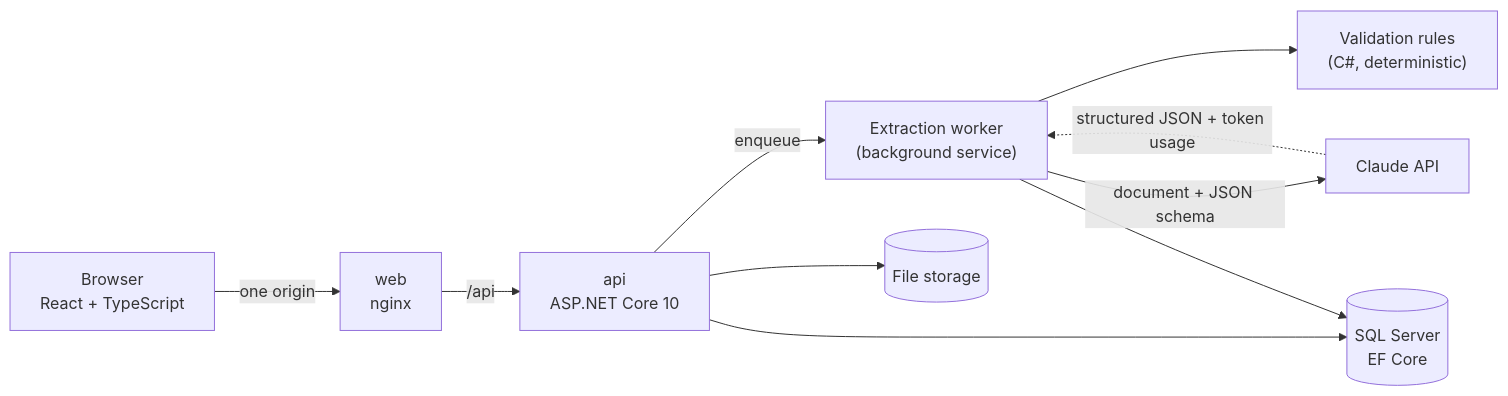
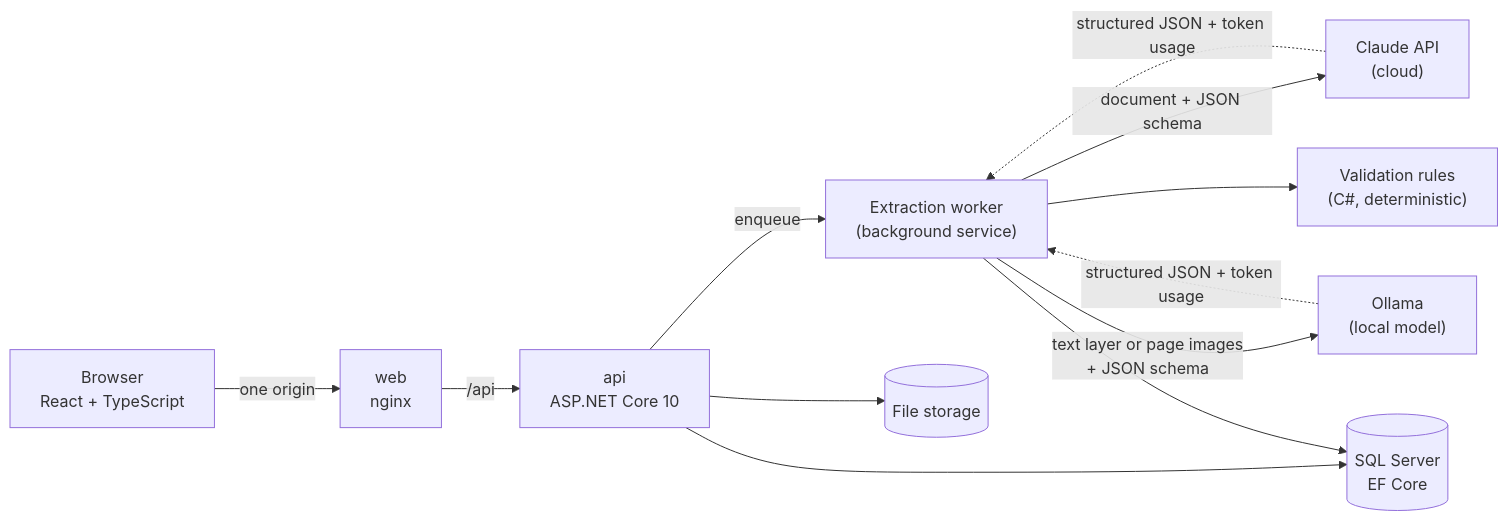
One commit to sezerturkdal/llm-invoice-processor changed the diagram in README.md. Above: the diagram before and after it, drawn with Mermaid. The commit also changed other lines of this file and 2 other files, not shown here.

First line of the commit message:
Describe the app and local models in the README

````diff
--- a/README.md
+++ b/README.md
@@ -26,12 +33,14 @@
 ```mermaid
 flowchart LR
     Browser["Browser<br/>React + TypeScript"] -->|"one origin"| Web["web<br/>nginx"]
     Web -->|"/api"| Api["api<br/>ASP.NET Core 10"]
     Api -->|"enqueue"| Worker["Extraction worker<br/>(background service)"]
-    Worker -->|"document + JSON schema"| Claude["Claude API"]
+    Worker -->|"document + JSON schema"| Claude["Claude API<br/>(cloud)"]
     Claude -.->|"structured JSON + token usage"| Worker
+    Worker -->|"text layer or page images<br/>+ JSON schema"| Ollama["Ollama<br/>(local model)"]
+    Ollama -.->|"structured JSON + token usage"| Worker
     Worker --> Rules["Validation rules<br/>(C#, deterministic)"]
     Api --> Db[("SQL Server<br/>EF Core")]
     Worker --> Db
     Api --> Files[("File storage")]
 ```
````
